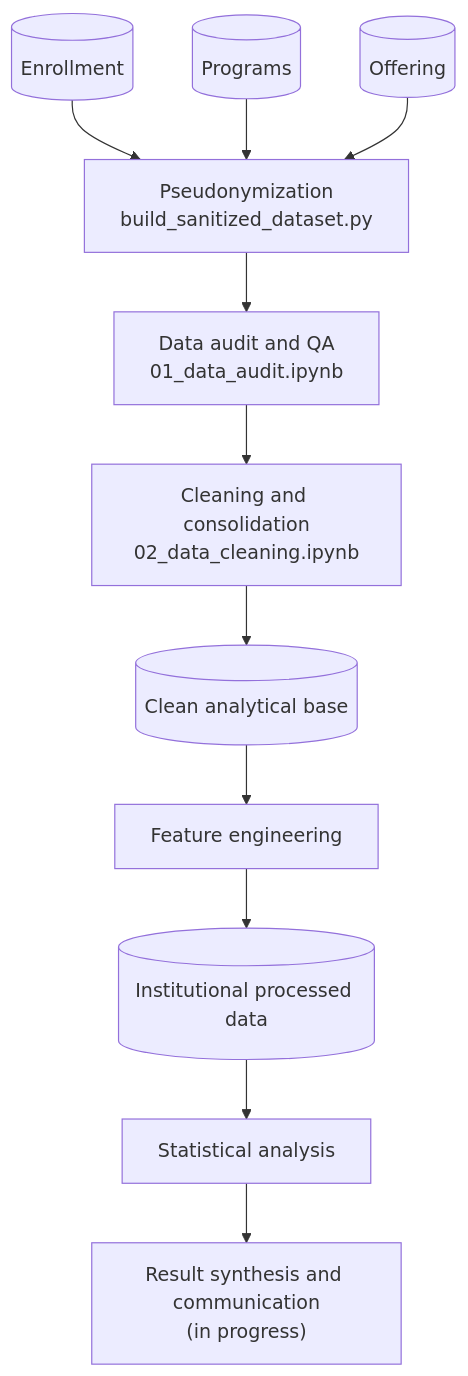
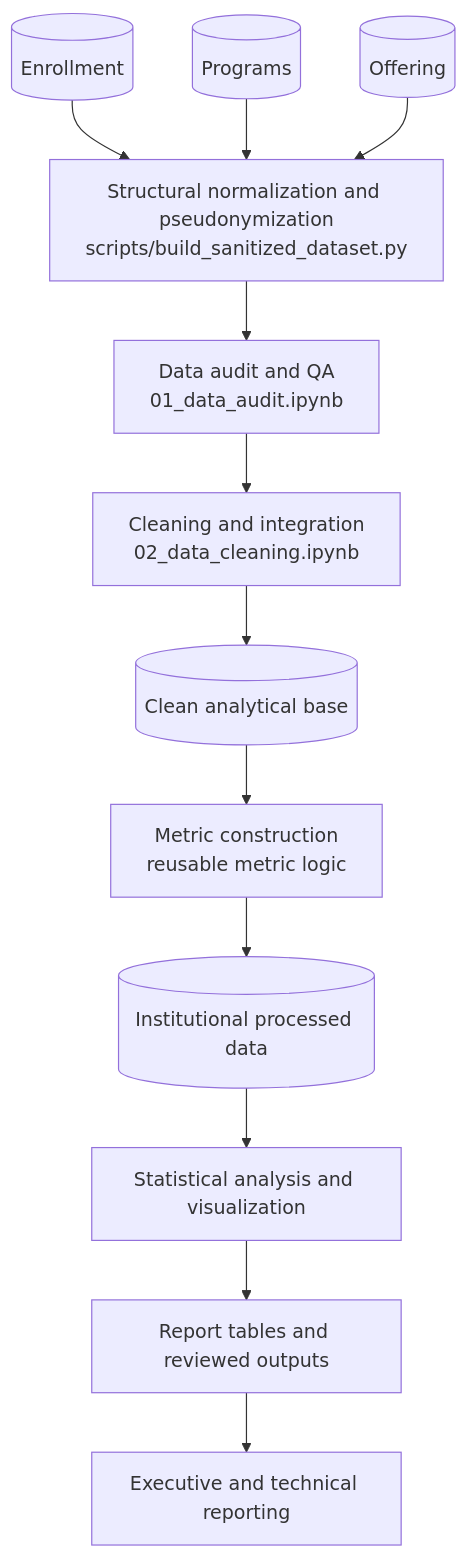
Before and after one commit to valentinarias-dtsc/higher-education-outcomes-analysis: the first of 2 diagrams in docs/project_architecture.md, drawn with Mermaid. The commit also changed other lines of this file and 6 other files, not shown here.

````diff
--- a/docs/project_architecture.md
+++ b/docs/project_architecture.md
@@ -11,25 +11,27 @@
 ```mermaid
 flowchart TD
     R1[("Enrollment")]
     R2[("Programs")]
     R3[("Offering")]
-    S["Pseudonymization<br/>build_sanitized_dataset.py"]
+    S["Structural normalization and pseudonymization<br/>scripts/build_sanitized_dataset.py"]
     A["Data audit and QA<br/>01_data_audit.ipynb"]
-    C["Cleaning and consolidation<br/>02_data_cleaning.ipynb"]
+    C["Cleaning and integration<br/>02_data_cleaning.ipynb"]
     CB[("Clean analytical base")]
-    M["Feature engineering"]
+    M["Metric construction<br/>reusable metric logic"]
     PD[("Institutional processed data")]
-    N["Statistical analysis"]
-    R["Result synthesis and communication<br/>(in progress)"]
+    N["Statistical analysis and visualization"]
+    T["Report tables and reviewed outputs"]
+    R["Executive and technical reporting"]
 
     R1 --> S
     R2 --> S
     R3 --> S
     S --> A
     A --> C
     C --> CB
     CB --> M
     M --> PD
     PD --> N
-    N --> R
+    N --> T
+    T --> R
 ```
````
